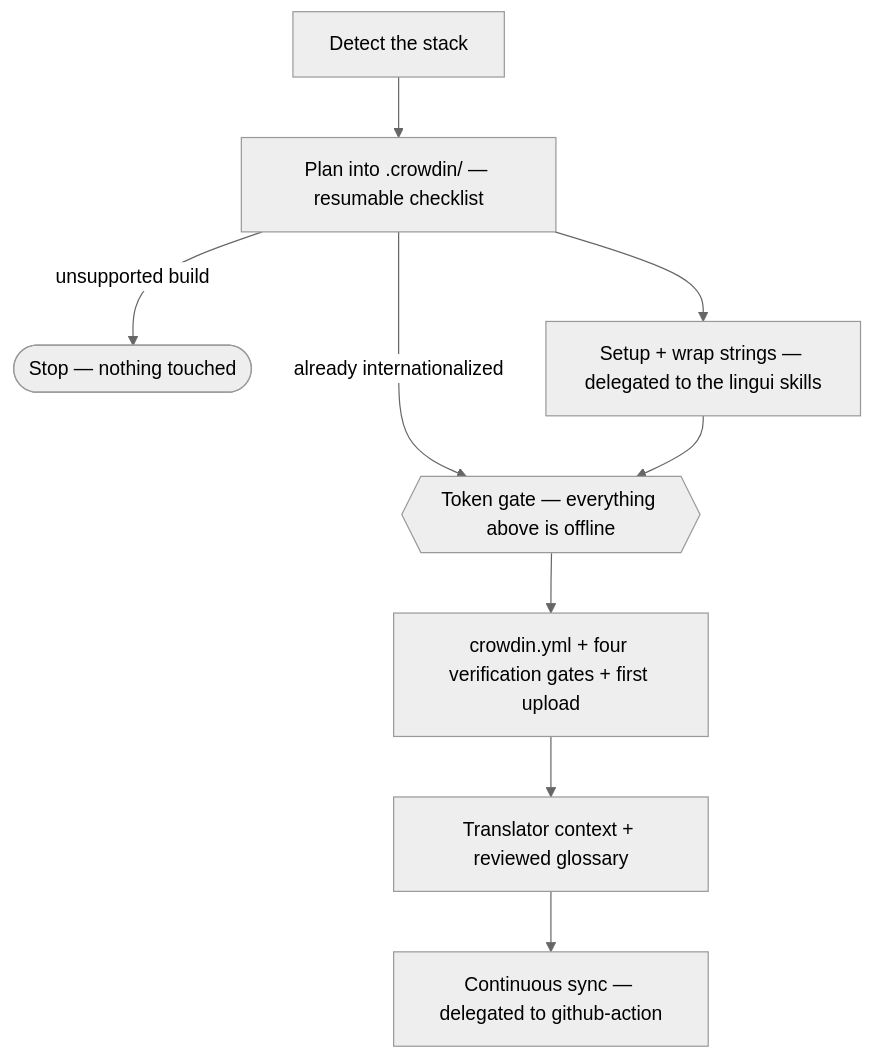
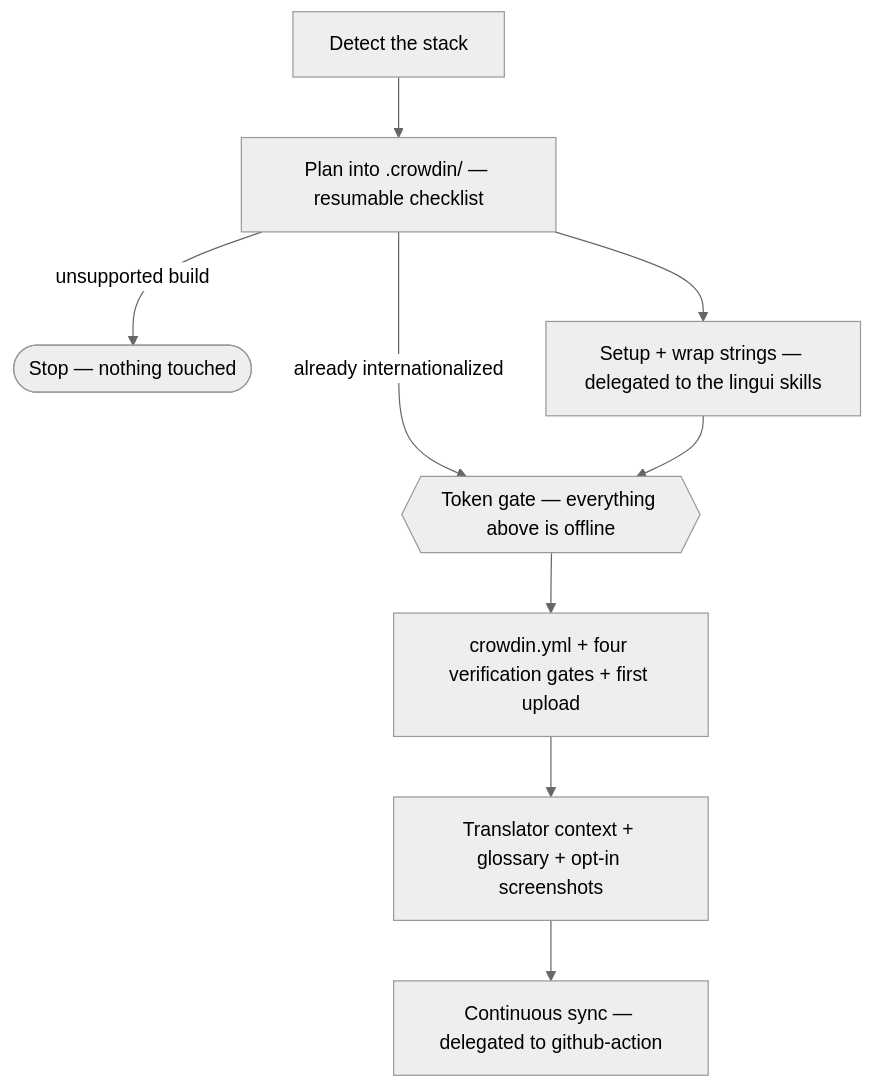
One commit to crowdin/skills changed the diagram in README.md. Above: the diagram before and after it, drawn with Mermaid (neutral theme). The commit also changed other lines of this file and 10 other files, not shown here.

````diff
--- a/README.md
+++ b/README.md
@@ -137,11 +141,11 @@
 ```mermaid
 flowchart TD
     P1["Detect the stack"] --> P2["Plan into .crowdin/ — resumable checklist"]
     P2 -->|"unsupported build"| STOP(["Stop — nothing touched"])
     P2 -->|"already internationalized"| GATE
     P2 --> P3["Setup + wrap strings — delegated to the lingui skills"]
     P3 --> GATE{{"Token gate — everything above is offline"}}
     GATE --> P5["crowdin.yml + four verification gates + first upload"]
-    P5 --> P6["Translator context + reviewed glossary"]
+    P5 --> P6["Translator context + glossary + opt-in screenshots"]
     P6 --> P7["Continuous sync — delegated to github-action"]
 ```
````
